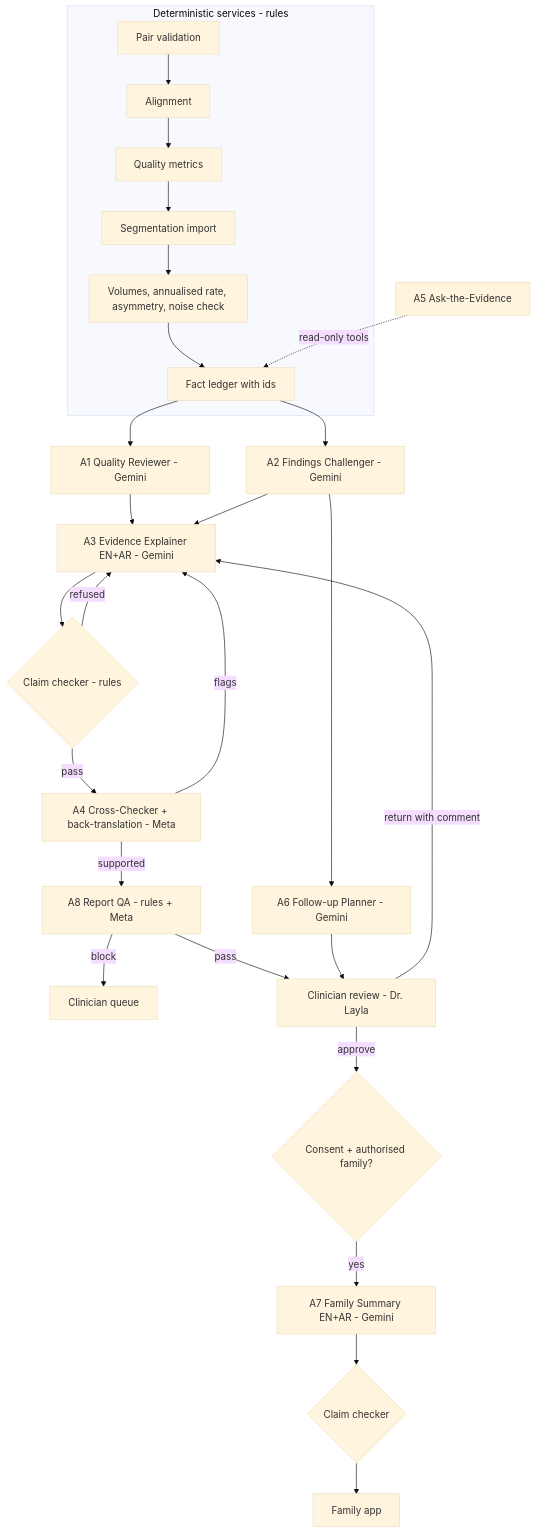
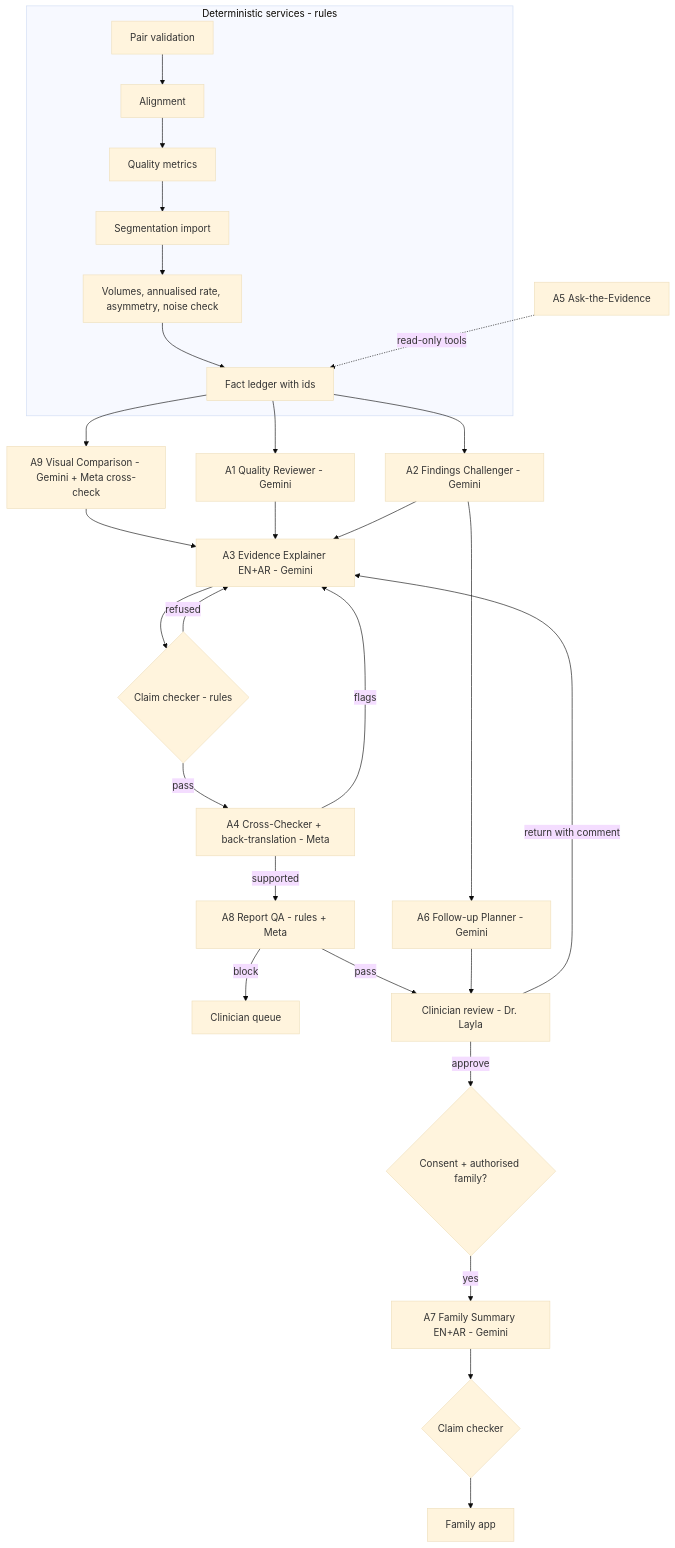
One commit to AKMaasif/neurotwin changed the diagram in docs/AGENT_ANALYSIS_AI_AGENTS.md. Above: the diagram before and after it, drawn with Mermaid (base theme). The commit also changed other lines of this file, not shown here.

Commit message:
Add visual comparison agent and the prediction and staging decision to the agent plan

````diff
--- a/docs/AGENT_ANALYSIS_AI_AGENTS.md
+++ b/docs/AGENT_ANALYSIS_AI_AGENTS.md
@@ -148,23 +172,25 @@
 ```mermaid
 flowchart TD
   subgraph D[Deterministic services - rules]
     V[Pair validation] --> AL[Alignment] --> QR[Quality metrics] --> SG[Segmentation import] --> VO[Volumes, annualised rate, asymmetry, noise check] --> FL[Fact ledger with ids]
   end
+  FL --> A9[A9 Visual Comparison - Gemini + Meta cross-check]
+  A9 --> A3
   FL --> A1[A1 Quality Reviewer - Gemini]
   FL --> A2[A2 Findings Challenger - Gemini]
   A1 --> A3[A3 Evidence Explainer EN+AR - Gemini]
   A2 --> A3
   A2 --> A6[A6 Follow-up Planner - Gemini]
   A3 --> CK1{Claim checker - rules}
   CK1 -->|pass| A4[A4 Cross-Checker + back-translation - Meta]
   CK1 -->|refused| A3
   A4 -->|supported| A8[A8 Report QA - rules + Meta]
   A4 -->|flags| A3
   A8 -->|block| HUM[Clinician queue]
   A8 -->|pass| REV[Clinician review - Dr. Layla]
   A6 --> REV
   REV -->|approve| REL{Consent + authorised family?}
   REV -->|return with comment| A3
   REL -->|yes| A7[A7 Family Summary EN+AR - Gemini] --> CK2{Claim checker} --> FAM[Family app]
   A5[A5 Ask-the-Evidence] -. read-only tools .-> FL
 ```
````
